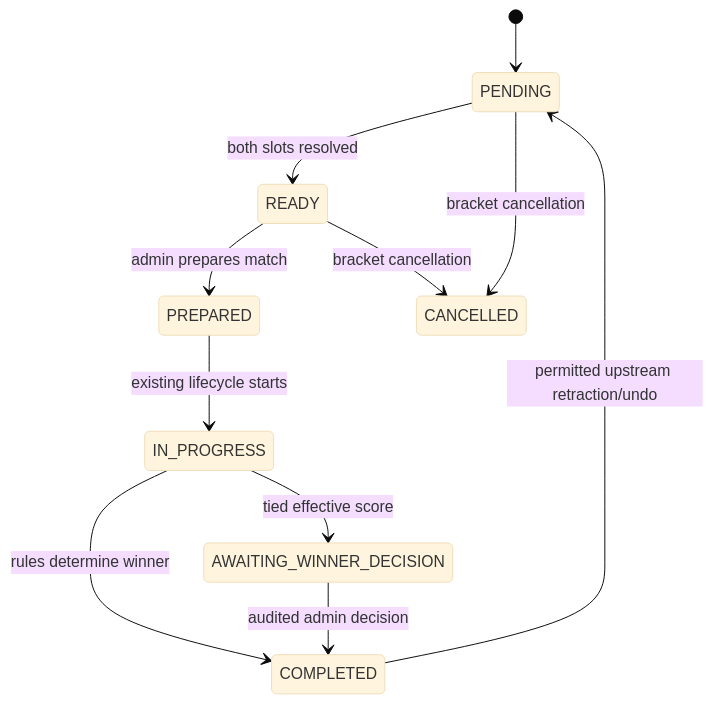
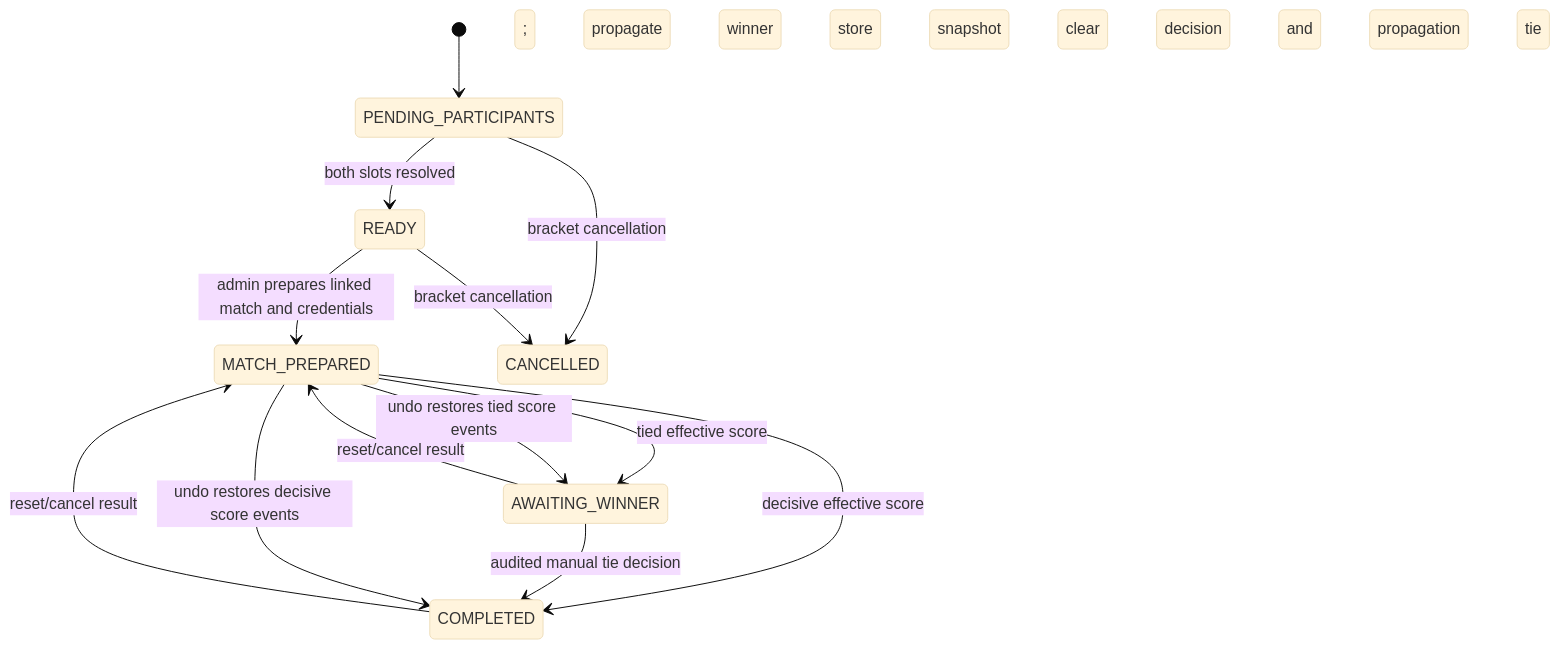
One commit to votuandi/dau-vo changed the second of 2 diagrams in docs/adr-weight-class-single-elimination-brackets.md. Above: the diagram before and after it, drawn with Mermaid (base theme). The commit also changed other lines of this file and 2 other files, not shown here.

Commit message:
Make winner propagation, ties, reset and undo transactionally correct

````diff
--- a/docs/adr-weight-class-single-elimination-brackets.md
+++ b/docs/adr-weight-class-single-elimination-brackets.md
@@ -106,13 +106,15 @@
 ```mermaid
 stateDiagram-v2
-  [*] --> PENDING
-  PENDING --> READY: both slots resolved
-  READY --> PREPARED: admin prepares match
-  PREPARED --> IN_PROGRESS: existing lifecycle starts
-  IN_PROGRESS --> COMPLETED: rules determine winner
-  IN_PROGRESS --> AWAITING_WINNER_DECISION: tied effective score
-  AWAITING_WINNER_DECISION --> COMPLETED: audited admin decision
-  COMPLETED --> PENDING: permitted upstream retraction/undo
-  PENDING --> CANCELLED: bracket cancellation
+  [*] --> PENDING_PARTICIPANTS
+  PENDING_PARTICIPANTS --> READY: both slots resolved
+  READY --> MATCH_PREPARED: admin prepares linked match and credentials
+  MATCH_PREPARED --> COMPLETED: decisive effective score; propagate winner
+  MATCH_PREPARED --> AWAITING_WINNER: tied effective score; store snapshot
+  AWAITING_WINNER --> COMPLETED: audited manual tie decision; propagate winner
+  COMPLETED --> MATCH_PREPARED: reset/cancel result; clear decision and propagation
+  AWAITING_WINNER --> MATCH_PREPARED: reset/cancel result; clear tie snapshot
+  MATCH_PREPARED --> COMPLETED: undo restores decisive score events
+  MATCH_PREPARED --> AWAITING_WINNER: undo restores tied score events
+  PENDING_PARTICIPANTS --> CANCELLED: bracket cancellation
   READY --> CANCELLED: bracket cancellation
 ```
````
